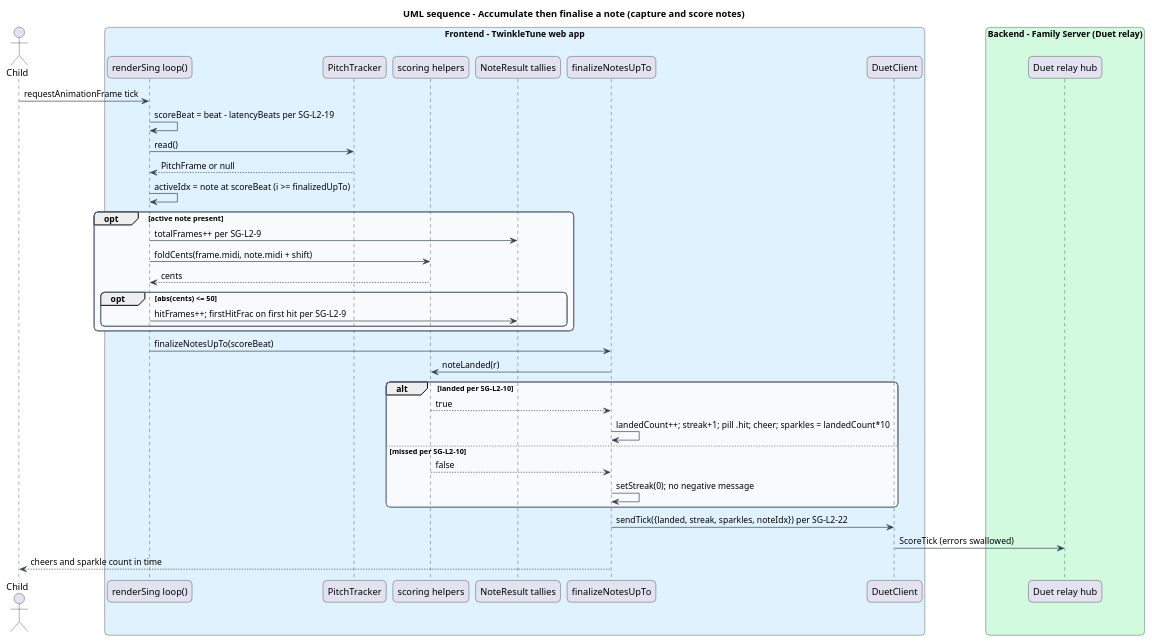
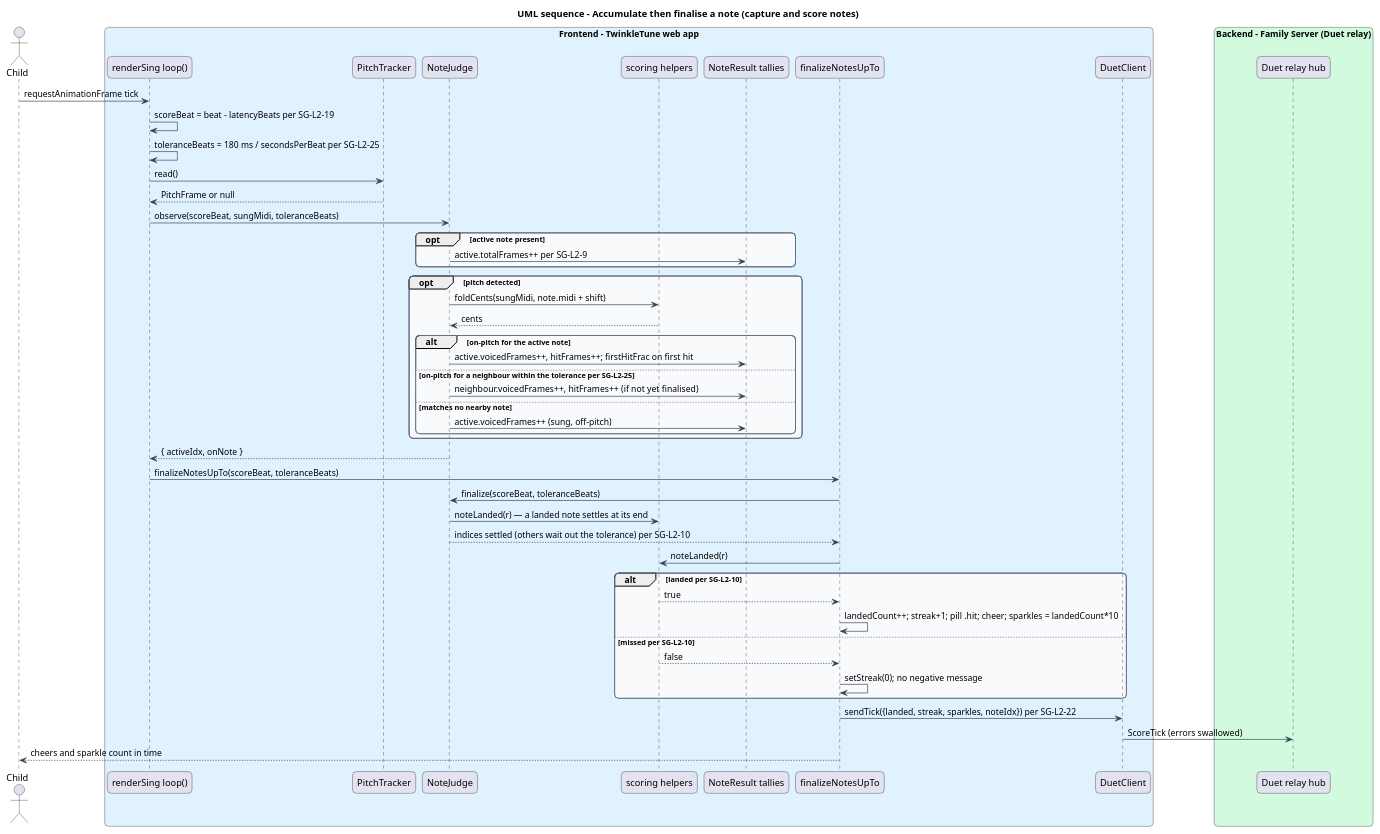
The diagram in docs/detailed-designs/singing-gameplay/capture-and-score-notes/diagrams/sequence-accumulate-and-finalise.puml (QuinntyneBrown/TwinkleTune), drawn with PlantUML before and after one commit. The commit also changed 18 other files, not shown here.

First line of the commit message:
Specify timing-tolerant, sung-frame note judging (SR-L2-2, SR-L2-18, SG-L2-25)

```diff
--- a/docs/detailed-designs/singing-gameplay/capture-and-score-notes/diagrams/sequence-accumulate-and-finalise.puml
+++ b/docs/detailed-designs/singing-gameplay/capture-and-score-notes/diagrams/sequence-accumulate-and-finalise.puml
@@ -1,55 +1,67 @@
 @startuml
 title UML sequence - Accumulate then finalise a note (capture and score notes)
 skinparam backgroundColor #FFFFFF
 skinparam shadowing false
 skinparam roundcorner 12
 skinparam defaultFontName Arial
 skinparam ArrowColor #344054
 skinparam rectangle {
   BorderColor #344054
   FontColor #101828
 }
 skinparam package {
   BorderColor #667085
   FontColor #101828
   BackgroundColor #F9FAFB
 }
 actor "Child" as child
 box "Frontend - TwinkleTune web app" #E0F2FE
   participant "renderSing loop()" as rloop
   participant "PitchTracker" as tracker
+  participant "NoteJudge" as judge
   participant "scoring helpers" as scoring
   participant "NoteResult tallies" as results
   participant "finalizeNotesUpTo" as finalize
   participant "DuetClient" as duet
 end box
 box "Backend - Family Server (Duet relay)" #D1FADF
   participant "Duet relay hub" as hub
 end box
 
 child -> rloop : requestAnimationFrame tick
 rloop -> rloop : scoreBeat = beat - latencyBeats per SG-L2-19
+rloop -> rloop : toleranceBeats = 180 ms / secondsPerBeat per SG-L2-25
 rloop -> tracker : read()
 tracker --> rloop : PitchFrame or null
-rloop -> rloop : activeIdx = note at scoreBeat (i >= finalizedUpTo)
+rloop -> judge : observe(scoreBeat, sungMidi, toleranceBeats)
 opt active note present
-  rloop -> results : totalFrames++ per SG-L2-9
-  rloop -> scoring : foldCents(frame.midi, note.midi + shift)
-  scoring --> rloop : cents
-  opt abs(cents) <= 50
-    rloop -> results : hitFrames++; firstHitFrac on first hit per SG-L2-9
+  judge -> results : active.totalFrames++ per SG-L2-9
+end
+opt pitch detected
+  judge -> scoring : foldCents(sungMidi, note.midi + shift)
+  scoring --> judge : cents
+  alt on-pitch for the active note
+    judge -> results : active.voicedFrames++, hitFrames++; firstHitFrac on first hit
+  else on-pitch for a neighbour within the tolerance per SG-L2-25
+    judge -> results : neighbour.voicedFrames++, hitFrames++ (if not yet finalised)
+  else matches no nearby note
+    judge -> results : active.voicedFrames++ (sung, off-pitch)
   end
 end
-rloop -> finalize : finalizeNotesUpTo(scoreBeat)
+judge --> rloop : { activeIdx, onNote }
+rloop -> finalize : finalizeNotesUpTo(scoreBeat, toleranceBeats)
+finalize -> judge : finalize(scoreBeat, toleranceBeats)
+judge -> scoring : noteLanded(r) — a landed note settles at its end
+judge --> finalize : indices settled (others wait out the tolerance) per SG-L2-10
 finalize -> scoring : noteLanded(r)
 alt landed per SG-L2-10
   scoring --> finalize : true
   finalize -> finalize : landedCount++; streak+1; pill .hit; cheer; sparkles = landedCount*10
 else missed per SG-L2-10
   scoring --> finalize : false
   finalize -> finalize : setStreak(0); no negative message
 end
 finalize -> duet : sendTick({landed, streak, sparkles, noteIdx}) per SG-L2-22
 duet -> hub : ScoreTick (errors swallowed)
 finalize --> child : cheers and sparkle count in time
 @enduml
```
